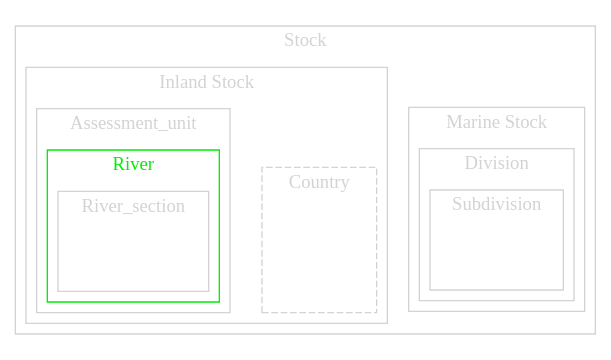
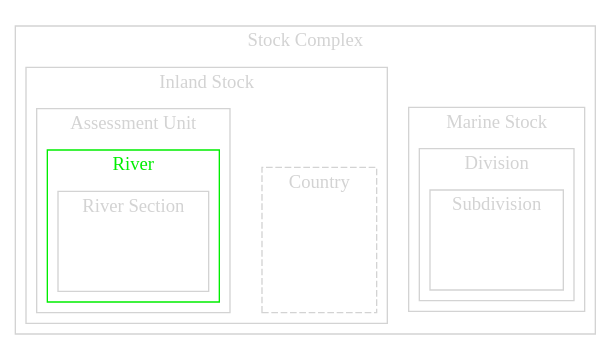
One commit to DIASPARAproject/WP3_habitat changed the fourth of 20 diagrams in R/generating_graphs.qmd. Above: the diagram before and after it, drawn with Graphviz. The commit also changed other lines of this file and 3 other files, not shown here.

````diff
--- a/R/generating_graphs.qmd
+++ b/R/generating_graphs.qmd
@@ -311,6 +311,6 @@
 ```{dot}
 //| label: fig-area_hierarchy_bast4
-//| eval: false
+//| eval: true
 
 digraph {
     compound=true;
@@ -318,7 +318,7 @@
     rankdir="LR";
 
     subgraph clusterZ {
-      label = Stock
+      label = "Stock Complex"
       style=full
       color=lightgray
       fontcolor=lightgray
@@ -332,21 +332,21 @@
         center=true
 
         subgraph clusterB {
-        label = Assessment_unit
+        label= "Assessment Unit"
         style=full
         color=lightgray
         fontcolor=lightgray
         center=true
 
           subgraph clusterC {
-          label = River
+          label = "River"
           style=full
           color=green2
           fontcolor=green2
           center=true
                 
             subgraph clusterD {
-            label = River_section
+            label = "River Section"
             style=full
             color=lightgray
             fontcolor=lightgray
````
